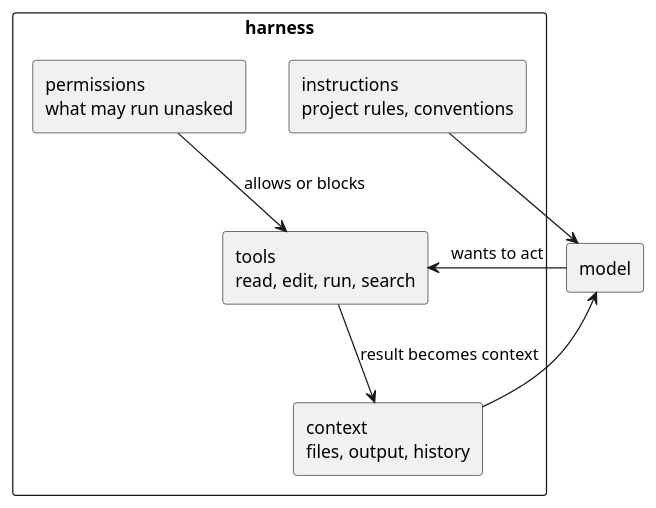
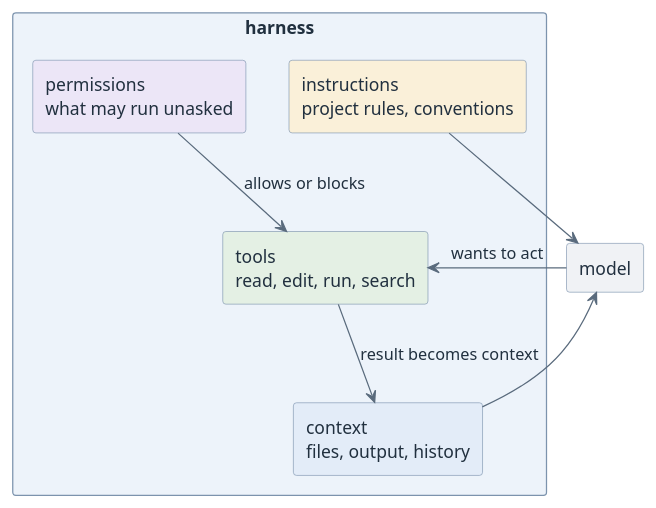
Before and after one commit to htl-leonding-college/curriculum-syp3: the diagram in modules/ai-harness-engineering/index.adoc, drawn with PlantUML. The commit also changed 65 other files, not shown here.

First line of the commit message:
feat(site): give the diagrams a semantic pastel palette

```diff
--- a/modules/ai-harness-engineering/index.adoc
+++ b/modules/ai-harness-engineering/index.adoc
@@ -33,22 +33,24 @@
 [plantuml,harness-parts,svg]
 ----
 @startuml
-skinparam monochrome true
+<style>
+element { BackgroundColor #EDF3FA; LineColor #7C93AD; FontColor #21303F }
+arrow { LineColor #5A6B7D; FontColor #21303F }
+</style>
 skinparam shadowing false
 skinparam defaultFontName Helvetica
 
 rectangle "harness" {
-  rectangle "instructions\nproject rules, conventions" as I
-  rectangle "context\nfiles, output, history" as C
-  rectangle "tools\nread, edit, run, search" as T
-  rectangle "permissions\nwhat may run unasked" as P
+  rectangle "instructions\nproject rules, conventions" as I #FAF0D9
+  rectangle "context\nfiles, output, history" as C #E3ECF8
+  rectangle "tools\nread, edit, run, search" as T #E4F0E4
+  rectangle "permissions\nwhat may run unasked" as P #ECE6F7
 }
-rectangle "model" as M
-
+rectangle "model" as M #F0F2F5
 I --> M
 C --> M
 M --> T : "wants to act"
 P --> T : "allows or blocks"
 T --> C : "result becomes context"
 @enduml
 ----
```
